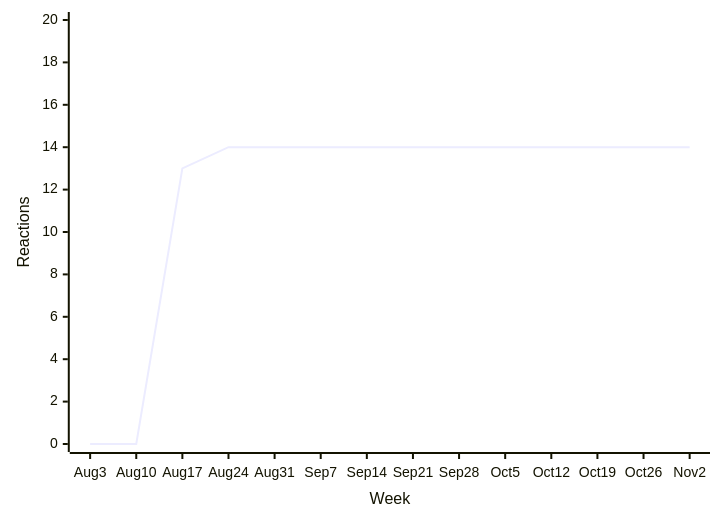
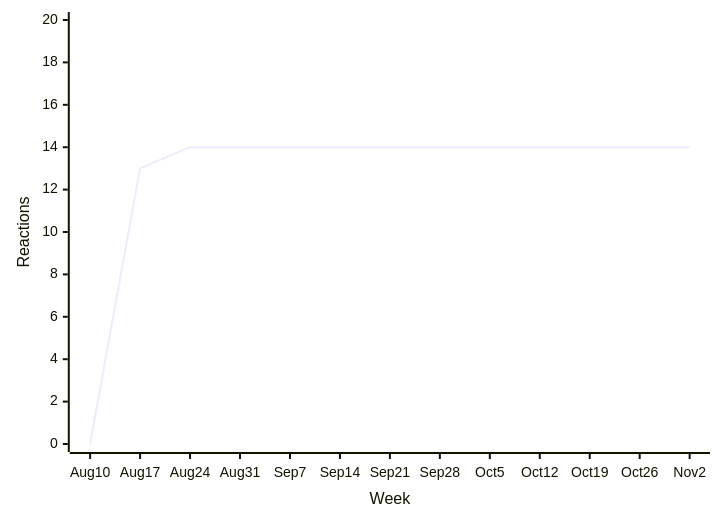
Diagram 12 of 40 in README.md (loic-sharma/github-insights), drawn with Mermaid before and after one commit. The commit also changed other lines of this file and 3 other files, not shown here.

````diff
--- a/README.md
+++ b/README.md
@@ -511,6 +511,6 @@
   ```mermaid
   xychart-beta
-    x-axis "Week" [Aug 3, Aug 10, Aug 17, Aug 24, Aug 31, Sep 7, Sep 14, Sep 21, Sep 28, Oct 5, Oct 12, Oct 19, Oct 26, Nov 2]
+    x-axis "Week" [Aug 10, Aug 17, Aug 24, Aug 31, Sep 7, Sep 14, Sep 21, Sep 28, Oct 5, Oct 12, Oct 19, Oct 26, Nov 2]
     y-axis "Reactions" 0 --> 20
-    line [0, 0, 13, 14, 14, 14, 14, 14, 14, 14, 14, 14, 14, 14]
+    line [0, 13, 14, 14, 14, 14, 14, 14, 14, 14, 14, 14, 14]
   ```
````
